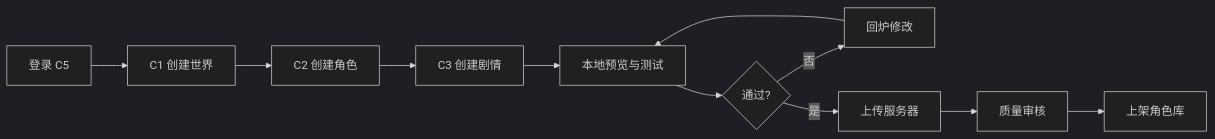
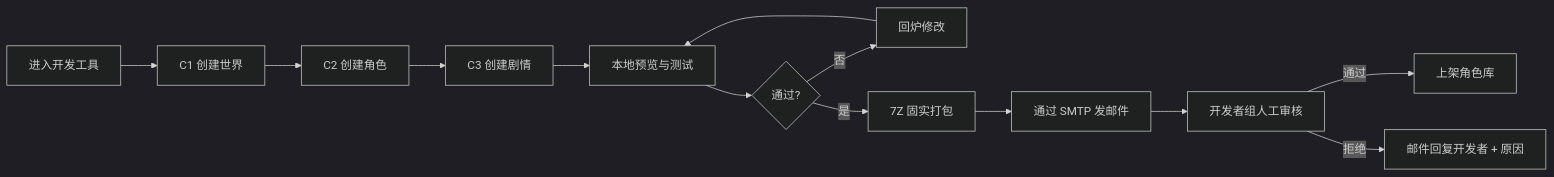
Before and after one commit to XiJian-Development-Group/XiJian: diagram 12 of 18 in docs/Dev. Function List功能清单v2.md, drawn with Mermaid (dark theme). The commit also changed other lines of this file and 5 other files, not shown here.

````diff
--- a/docs/Dev. Function List功能清单v2.md
+++ b/docs/Dev. Function List功能清单v2.md
@@ -1316,13 +1316,15 @@
   ```mermaid
   flowchart LR
-      A[登录 C5] --> B[C1 创建世界]
+      A[进入开发工具] --> B[C1 创建世界]
       B --> C[C2 创建角色]
       C --> D[C3 创建剧情]
       D --> E[本地预览与测试]
       E --> F{通过?}
       F -- 否 --> Fix[回炉修改]
       Fix --> E
-      F -- 是 --> Upload[上传服务器]
-      Upload --> Audit[质量审核]
-      Audit --> Live[上架角色库]
+      F -- 是 --> Pack[7Z 固实打包]
+      Pack --> Mail[通过 SMTP 发邮件]
+      Mail --> Review[开发者组人工审核]
+      Review -- 通过 --> Live[上架角色库]
+      Review -- 拒绝 --> Notif[邮件回复开发者 + 原因]
   ```
````
